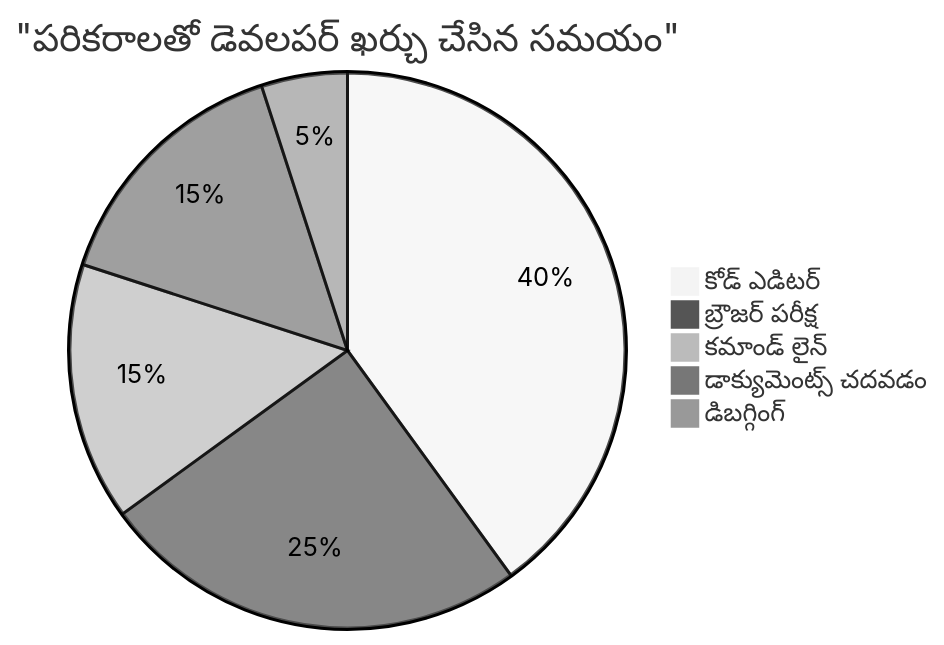
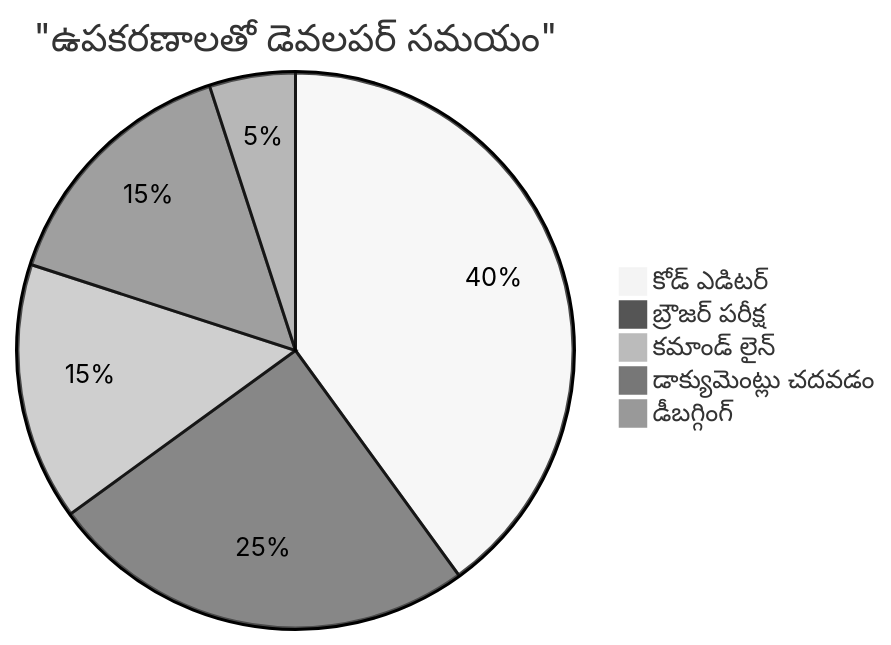
Before and after one commit to microsoft/Web-Dev-For-Beginners: the sixth of 7 diagrams in translations/te/1-getting-started-lessons/1-intro-to-programming-languages/README.md, drawn with Mermaid (neutral theme). The commit also changed other lines of this file and 13 other files, not shown here.

````diff
--- a/translations/te/1-getting-started-lessons/1-intro-to-programming-languages/README.md
+++ b/translations/te/1-getting-started-lessons/1-intro-to-programming-languages/README.md
@@ -709,8 +710,8 @@
 ```mermaid
-pie title "పరికరాలతో డెవలపర్ ఖర్చు చేసిన సమయం"
+pie title "ఉపకరణాలతో డెవలపర్ సమయం"
     "కోడ్ ఎడిటర్" : 40
     "బ్రౌజర్ పరీక్ష" : 25
     "కమాండ్ లైన్" : 15
-    "డాక్యుమెంట్స్ చదవడం" : 15
-    "డిబగ్గింగ్" : 5
-```
+    "డాక్యుమెంట్లు చదవడం" : 15
+    "డీబగ్గింగ్" : 5
+```  
````
